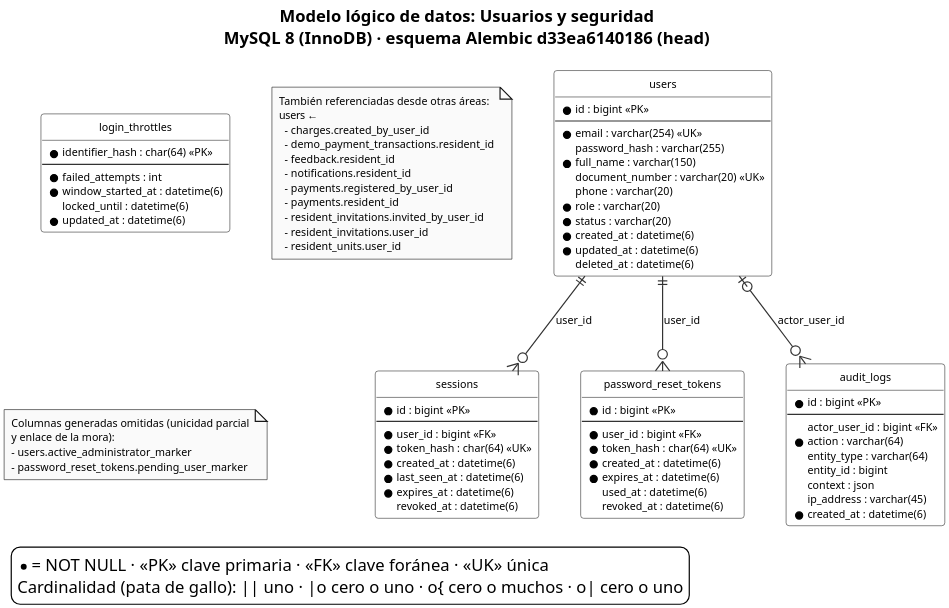
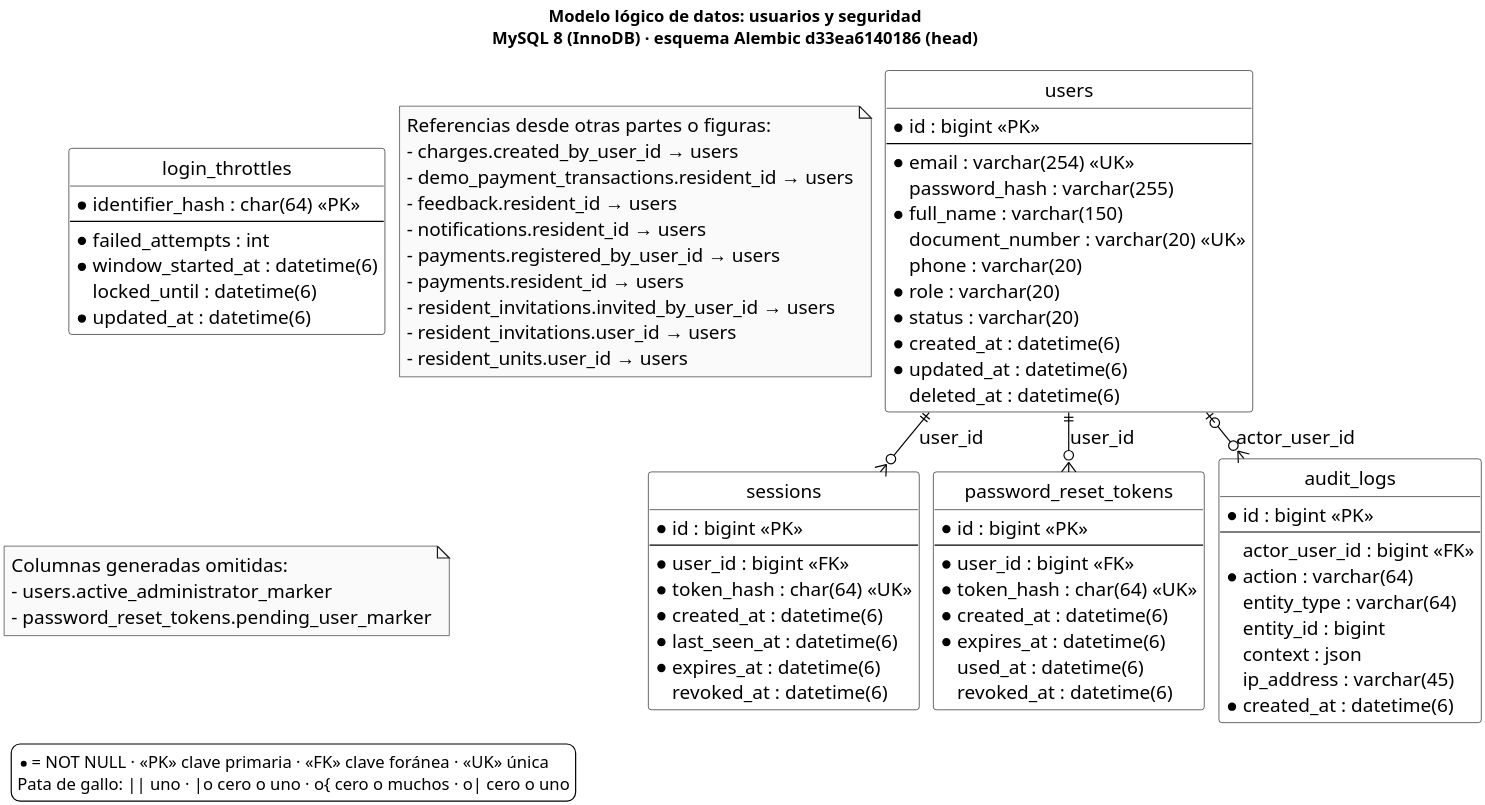
One commit to yilberDev/SoftPh-Academico changed the diagram in docs/entrega-objetivos/modelo-datos/modelo-datos-usuarios-seguridad.puml. Above: the diagram before and after it, drawn with PlantUML. The commit also changed 21 other files, not shown here.

First line of the commit message:
docs(diagrams): split and enlarge the data model figures 11 to 13

```diff
--- a/docs/entrega-objetivos/modelo-datos/modelo-datos-usuarios-seguridad.puml
+++ b/docs/entrega-objetivos/modelo-datos/modelo-datos-usuarios-seguridad.puml
@@ -1,96 +1,98 @@
 @startuml
+' modelo-datos-usuarios-seguridad: generado por scripts/generar_areas.py a partir de modelo-datos-completo.puml
+' (columnas, tipos, nulos, claves y relaciones leídos de information_schema; no se editan a mano).
 skinparam dpi 300
 skinparam monochrome true
 skinparam backgroundColor white
 skinparam shadowing false
 skinparam defaultFontName Helvetica
-skinparam defaultFontSize 9
+skinparam defaultFontSize 16
 skinparam class {
   BackgroundColor White
-  BorderColor #333333
-  ArrowColor #333333
+  BorderColor Black
+  ArrowColor Black
 }
 hide circle
 hide methods
 top to bottom direction
-title Modelo lógico de datos: Usuarios y seguridad\nMySQL 8 (InnoDB) · esquema Alembic d33ea6140186 (head)
+skinparam nodesep 12
+skinparam ranksep 15
+title Modelo lógico de datos: usuarios y seguridad\nMySQL 8 (InnoDB) · esquema Alembic d33ea6140186 (head)
 entity "users" as users {
   *id : bigint <<PK>>
   --
   *email : varchar(254) <<UK>>
   password_hash : varchar(255)
   *full_name : varchar(150)
   document_number : varchar(20) <<UK>>
   phone : varchar(20)
   *role : varchar(20)
   *status : varchar(20)
   *created_at : datetime(6)
   *updated_at : datetime(6)
   deleted_at : datetime(6)
 }
 entity "sessions" as sessions {
   *id : bigint <<PK>>
   --
   *user_id : bigint <<FK>>
   *token_hash : char(64) <<UK>>
   *created_at : datetime(6)
   *last_seen_at : datetime(6)
   *expires_at : datetime(6)
   revoked_at : datetime(6)
 }
 entity "login_throttles" as login_throttles {
   *identifier_hash : char(64) <<PK>>
   --
   *failed_attempts : int
   *window_started_at : datetime(6)
   locked_until : datetime(6)
   *updated_at : datetime(6)
 }
 entity "password_reset_tokens" as password_reset_tokens {
   *id : bigint <<PK>>
   --
   *user_id : bigint <<FK>>
   *token_hash : char(64) <<UK>>
   *created_at : datetime(6)
   *expires_at : datetime(6)
   used_at : datetime(6)
   revoked_at : datetime(6)
 }
 entity "audit_logs" as audit_logs {
   *id : bigint <<PK>>
   --
   actor_user_id : bigint <<FK>>
   *action : varchar(64)
   entity_type : varchar(64)
   entity_id : bigint
   context : json
   ip_address : varchar(45)
   *created_at : datetime(6)
 }
 users |o--o{ audit_logs : "actor_user_id"
 users ||--o{ password_reset_tokens : "user_id"
 users ||--o{ sessions : "user_id"
 note as externas
-  También referenciadas desde otras áreas:
-  users ←
-    - charges.created_by_user_id
-    - demo_payment_transactions.resident_id
-    - feedback.resident_id
-    - notifications.resident_id
-    - payments.registered_by_user_id
-    - payments.resident_id
-    - resident_invitations.invited_by_user_id
-    - resident_invitations.user_id
-    - resident_units.user_id
+  Referencias desde otras partes o figuras:
+  - charges.created_by_user_id → users
+  - demo_payment_transactions.resident_id → users
+  - feedback.resident_id → users
+  - notifications.resident_id → users
+  - payments.registered_by_user_id → users
+  - payments.resident_id → users
+  - resident_invitations.invited_by_user_id → users
+  - resident_invitations.user_id → users
+  - resident_units.user_id → users
 end note
 note as generadas
-  Columnas generadas omitidas (unicidad parcial
-  y enlace de la mora):
+  Columnas generadas omitidas:
   - users.active_administrator_marker
   - password_reset_tokens.pending_user_marker
 end note
 legend bottom left
   * = NOT NULL · <<PK>> clave primaria · <<FK>> clave foránea · <<UK>> única
-  Cardinalidad (pata de gallo): || uno · |o cero o uno · o{ cero o muchos · o| cero o uno
+  Pata de gallo: || uno · |o cero o uno · o{ cero o muchos · o| cero o uno
 endlegend
 @enduml
```
